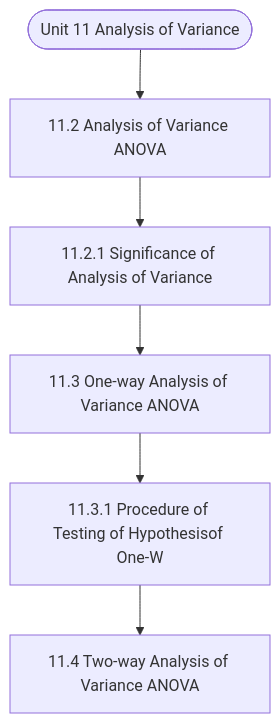
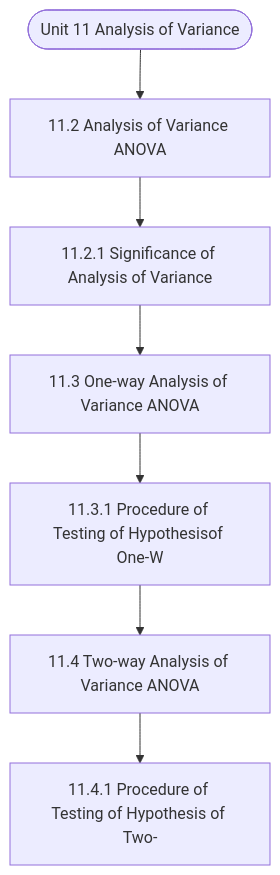
The diagram in notes/Semester_2/MCS-066_Mathematical_Foundations_-_II/unit_11_Analysis_of_Variance.md (Asutosh-Coaching/mscdsa), drawn with Mermaid before and after one commit. The commit also changed other lines of this file and 116 other files, not shown here.

````diff
--- a/notes/Semester_2/MCS-066_Mathematical_Foundations_-_II/unit_11_Analysis_of_Variance.md
+++ b/notes/Semester_2/MCS-066_Mathematical_Foundations_-_II/unit_11_Analysis_of_Variance.md
@@ -19,14 +19,16 @@
 ```mermaid
 flowchart TD
   Start(["Unit 11 Analysis of Variance"])
   N1["11.2 Analysis of Variance ANOVA"]
   N2["11.2.1 Significance of Analysis of Variance"]
   N3["11.3 One-way Analysis of Variance ANOVA"]
   N4["11.3.1 Procedure of Testing of Hypothesisof One-W"]
   N5["11.4 Two-way Analysis of Variance ANOVA"]
+  N6["11.4.1 Procedure of Testing of Hypothesis of Two-"]
   Start --> N1
   N1 --> N2
   N2 --> N3
   N3 --> N4
   N4 --> N5
+  N5 --> N6
 ```
````
